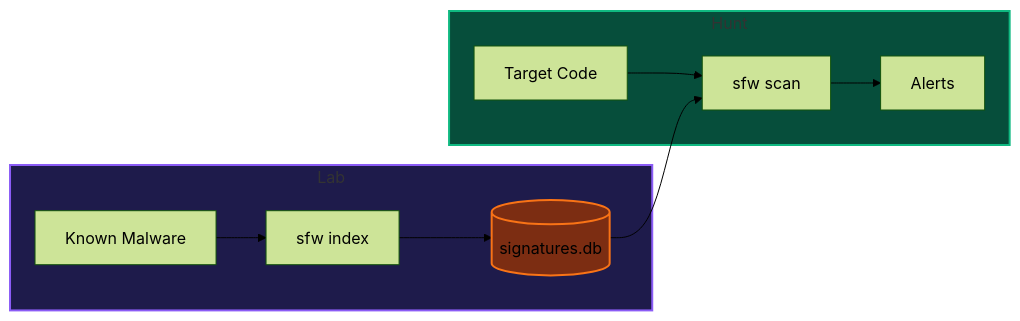
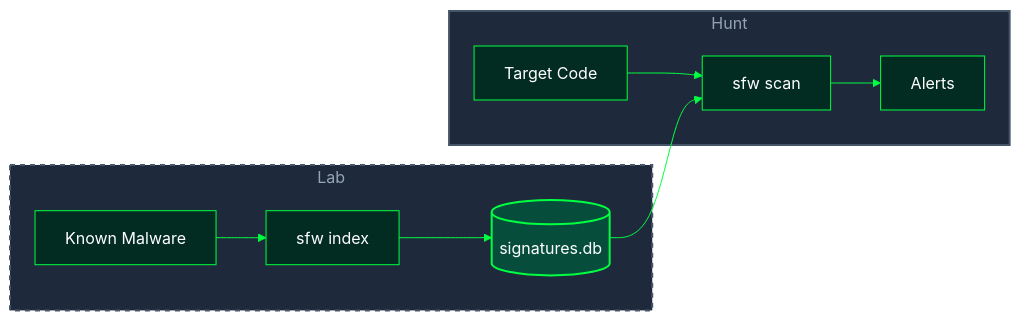
One commit to BlackVectorOps/semantic_firewall changed the first of 3 diagrams in README.md. Above: the diagram before and after it, drawn with Mermaid (forest theme). The commit also changed other lines of this file, not shown here.

Commit message:
fix: Adjusted README.md, flowchart was not rendering correctly nestedin the <details> tag, moved it to account for this.

````diff
--- a/README.md
+++ b/README.md
@@ -518,17 +100,25 @@
 ```mermaid
 flowchart LR
     subgraph Lab
         M1[Known Malware] --> I[sfw index]
         I --> DB[(signatures.db)]
     end
     
     subgraph Hunt
         T[Target Code] --> S[sfw scan]
         DB --> S
         S --> A[Alerts]
     end
     
-    style Lab fill:#1e1b4b,stroke:#8b5cf6,stroke-width:2px
-    style Hunt fill:#064e3b,stroke:#10b981,stroke-width:2px
-    style DB fill:#7c2d12,stroke:#f97316,stroke-width:2px
+    %% Nodes: Deep radioactive green with neon border
+    classDef default fill:#022c22,stroke:#00ff41,stroke-width:1px,color:#ffffff
+    
+    %% Subgraphs: Subdued slate blue containers
+    style Lab fill:#1e293b,stroke:#475569,stroke-width:2px,color:#94a3b8,stroke-dasharray:5 5
+    style Hunt fill:#1e293b,stroke:#475569,stroke-width:2px,color:#94a3b8
+    
+    %% Database: Distinct cylinder styling
+    style DB fill:#064e3b,stroke:#00ff41,stroke-width:2px,color:#ffffff
+    
+    linkStyle default stroke:#00ff41,stroke-width:1px
 ```
````
